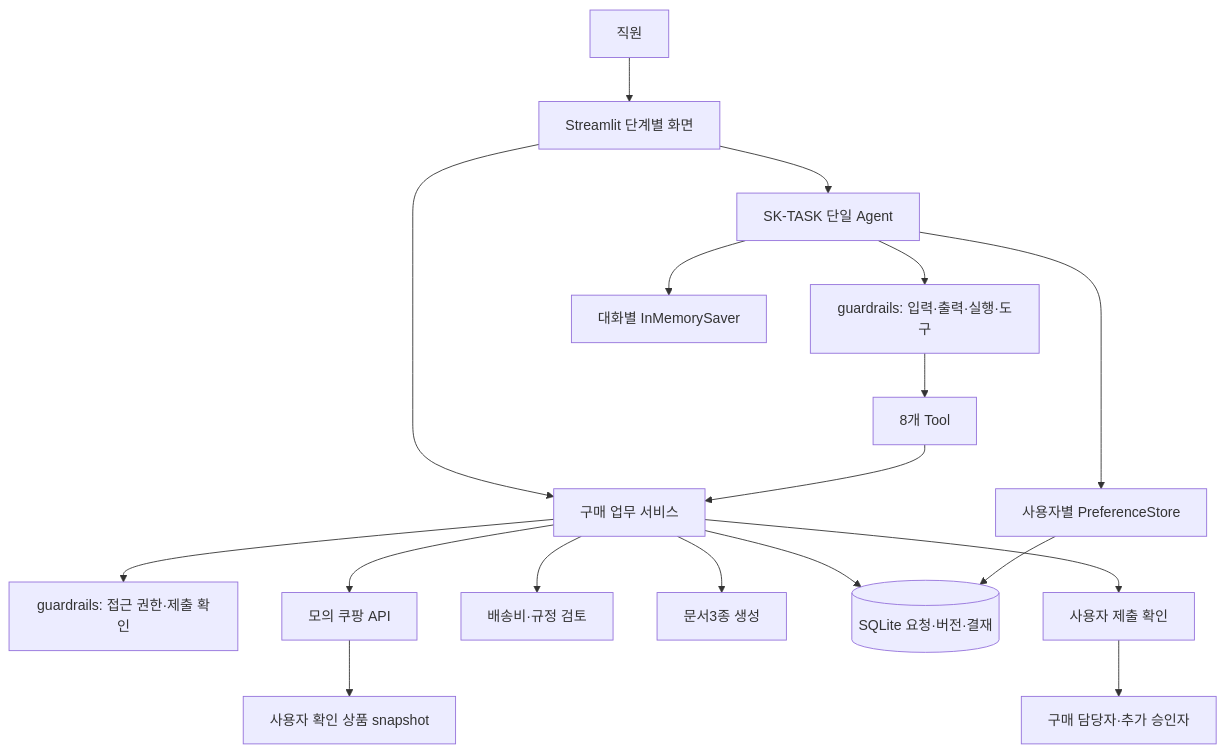
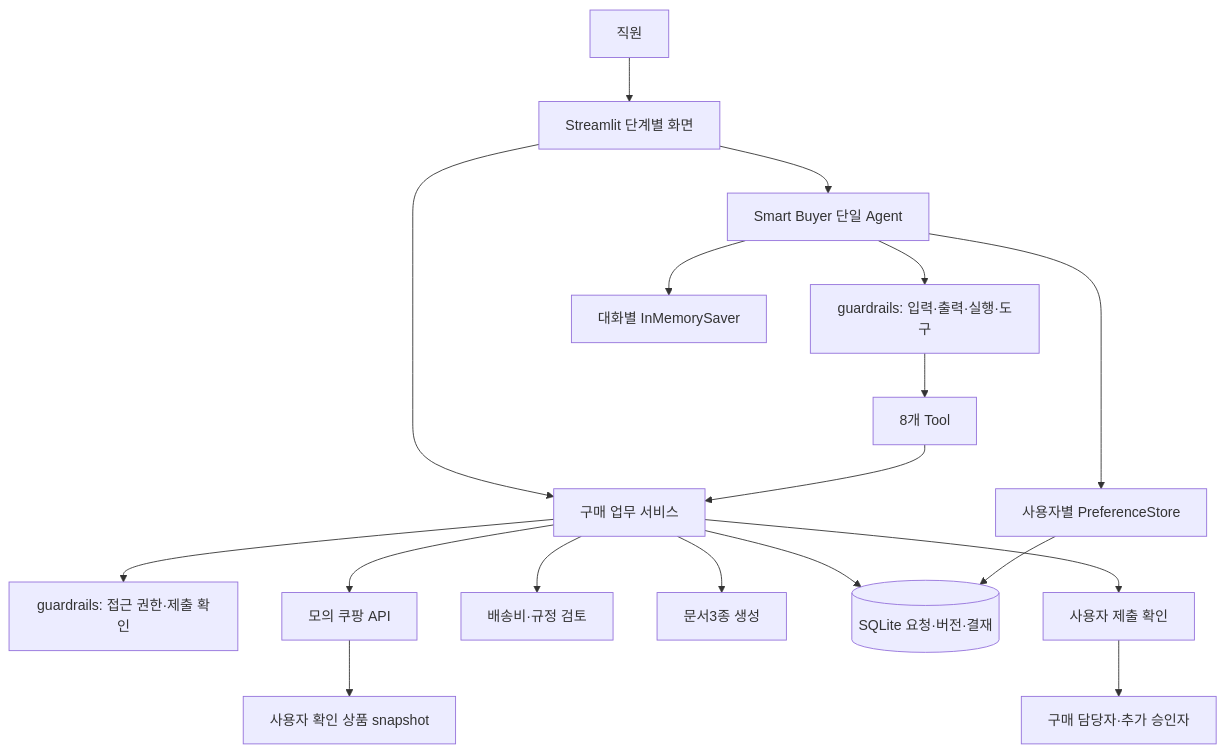
Before and after one commit to pbjuni1007-cmyk/sk-task: the diagram in docs/AGENT_DESIGN.md, drawn with Mermaid. The commit also changed other lines of this file and 18 other files, not shown here.

Commit message:
fix: 누락 조건과 상품 선택 의도 검증 및 Smart Buyer 명칭 적용

````diff
--- a/docs/AGENT_DESIGN.md
+++ b/docs/AGENT_DESIGN.md
@@ -56,20 +56,20 @@
 ```mermaid
 flowchart TD
  U[직원] --> UI[Streamlit 단계별 화면]
- UI --> A[SK-TASK 단일 Agent]
+ UI --> A[Smart Buyer 단일 Agent]
  A --> G[guardrails: 입력·출력·실행·도구]
  G --> T[8개 Tool]
  S --> SG[guardrails: 접근 권한·제출 확인]
  UI --> S[구매 업무 서비스]
  T --> S
  S --> C[모의 쿠팡 API]
  C --> F[사용자 확인 상품 snapshot]
  S --> P[배송비·규정 검토]
  S --> D[문서3종 생성]
  S --> DB[(SQLite 요청·버전·결재)]
  A --> M[대화별 InMemorySaver]
  A --> ST[사용자별 PreferenceStore]
  ST --> DB
  S --> H[사용자 제출 확인]
  H --> B[구매 담당자·추가 승인자]
 ```
````
